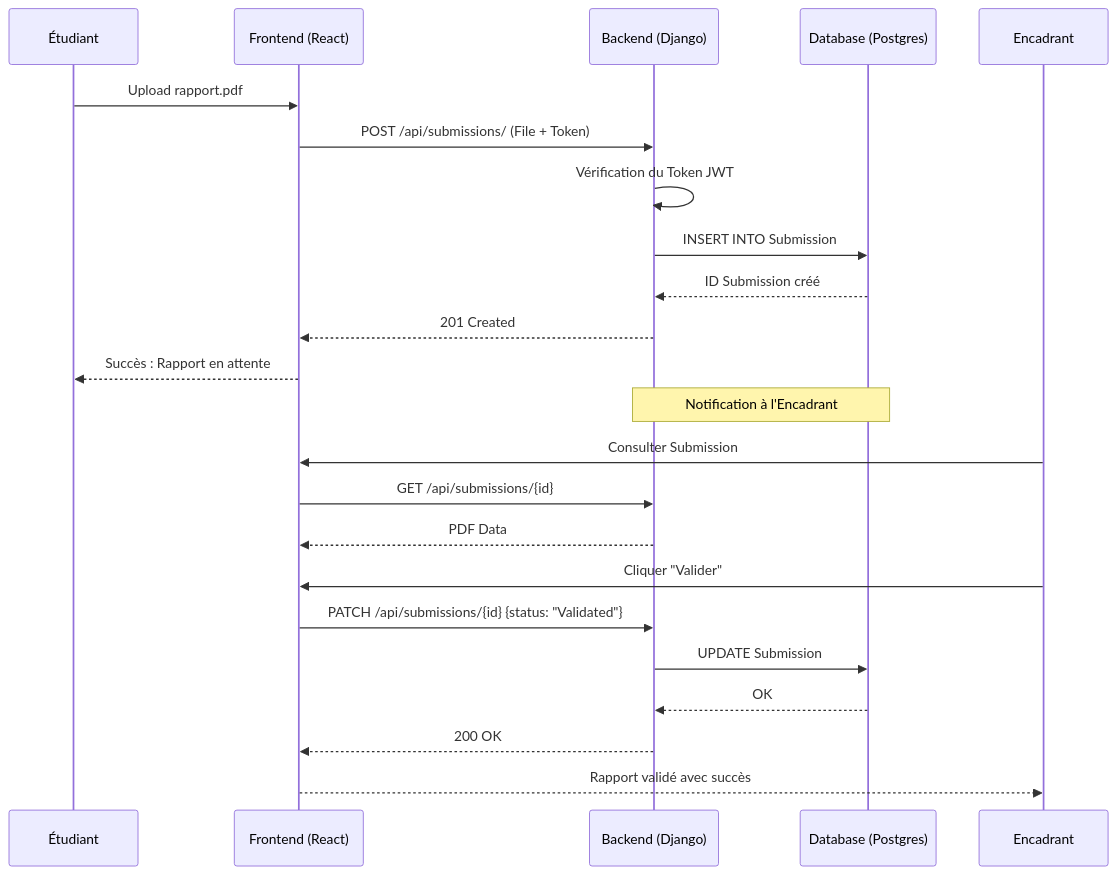
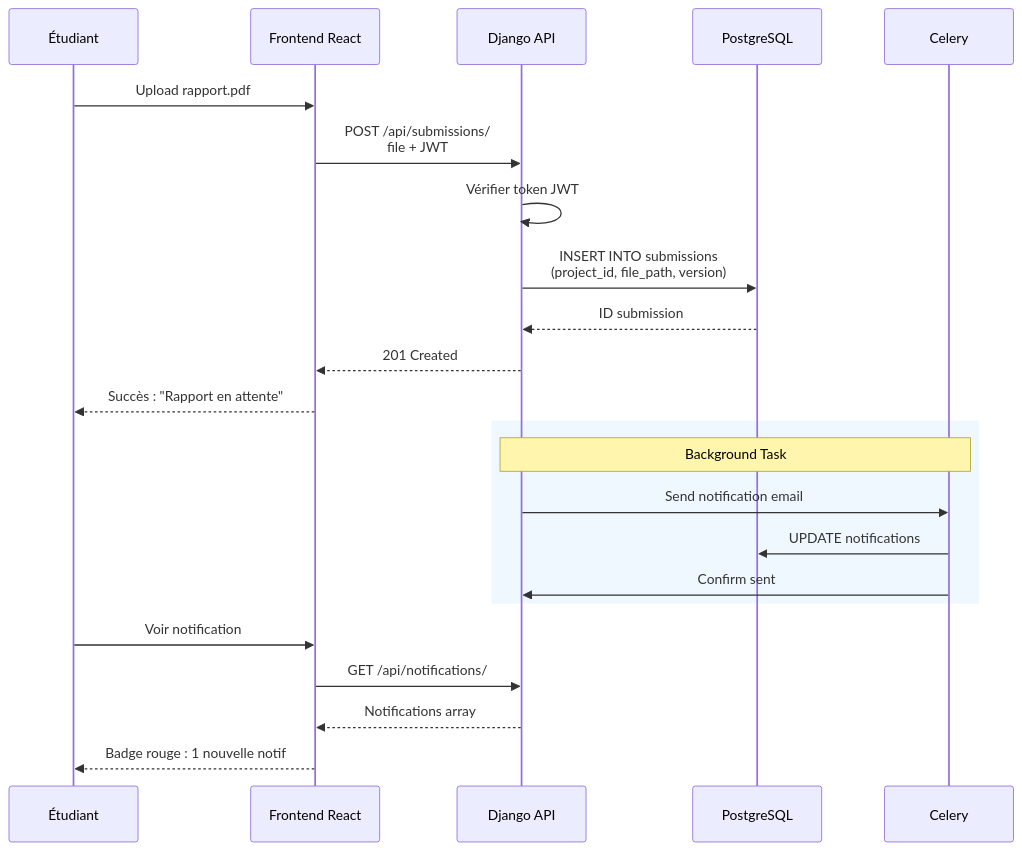
Before and after one commit to Lagmouchyoussef/PFE-Navigator: the sixth of 13 diagrams in README.md, drawn with Mermaid. The commit also changed other lines of this file, not shown here.

````diff
--- a/README.md
+++ b/README.md
@@ -350,28 +338,28 @@
 ```mermaid
 sequenceDiagram
-    participant E as Étudiant
-    participant F as Frontend (React)
-    participant B as Backend (Django)
-    participant D as Database (Postgres)
-
-    E->>F: Upload rapport.pdf
-    F->>B: POST /api/submissions/ (File + Token)
-    B->>B: Vérification du Token JWT
-    B->>D: INSERT INTO Submission
-    D-->>B: ID Submission créé
-    B-->>F: 201 Created
-    F-->>E: Succès : Rapport en attente
-
-    Note over B,D: Notification à l'Encadrant
-
-    participant S as Encadrant
-    S->>F: Consulter Submission
-    F->>B: GET /api/submissions/{id}
-    B-->>F: PDF Data
-    S->>F: Cliquer "Valider"
-    F->>B: PATCH /api/submissions/{id} {status: "Validated"}
-    B->>D: UPDATE Submission
-    D-->>B: OK
-    B-->>F: 200 OK
-    F-->>S: Rapport validé avec succès
+    participant S as Étudiant
+    participant F as Frontend React
+    participant A as Django API
+    participant D as PostgreSQL
+    participant C as Celery
+    
+    S->>F: Upload rapport.pdf
+    F->>A: POST /api/submissions/<br/>file + JWT
+    A->>A: Vérifier token JWT
+    A->>D: INSERT INTO submissions<br/>(project_id, file_path, version)
+    D-->>A: ID submission
+    A-->>F: 201 Created
+    F-->>S: Succès : "Rapport en attente"
+    
+    rect rgb(240, 248, 255)
+        Note over A,C: Background Task
+        A->>C: Send notification email
+        C->>D: UPDATE notifications
+        C->>A: Confirm sent
+    end
+    
+    S->>F: Voir notification
+    F->>A: GET /api/notifications/
+    A-->>F: Notifications array
+    F-->>S: Badge rouge : 1 nouvelle notif
 ```
````
